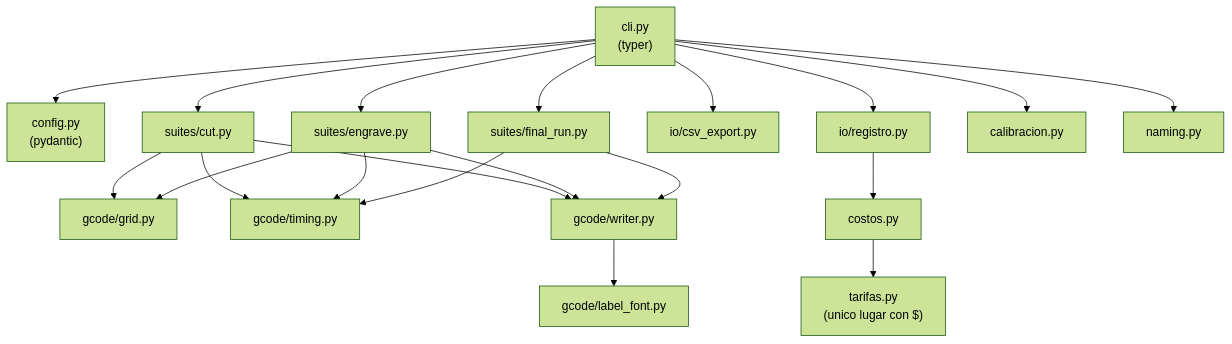
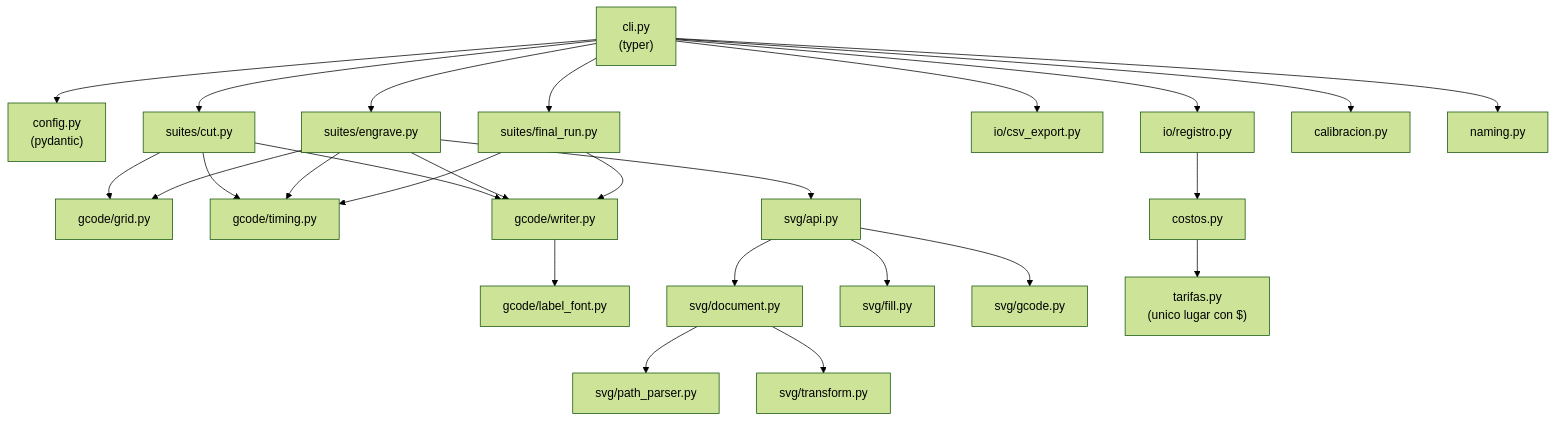
Before and after one commit to Deivs117/PruebasCorteGrabadoLaser: the diagram in README.md, drawn with Mermaid (forest theme). The commit also changed other lines of this file and 26 other files, not shown here.

````diff
--- a/README.md
+++ b/README.md
@@ -43,25 +45,31 @@
 ```mermaid
 flowchart TD
     CLI["cli.py<br/>(typer)"] --> CFG["config.py<br/>(pydantic)"]
     CLI --> SUITE_C["suites/cut.py"]
     CLI --> SUITE_G["suites/engrave.py"]
     CLI --> SUITE_F["suites/final_run.py"]
     CLI --> CSV["io/csv_export.py"]
     CLI --> REG["io/registro.py"]
     CLI --> CAL["calibracion.py"]
     CLI --> NAMING["naming.py"]
 
     SUITE_C --> GRID["gcode/grid.py"]
     SUITE_C --> TIMING["gcode/timing.py"]
     SUITE_C --> WRITER["gcode/writer.py"]
     SUITE_G --> GRID
     SUITE_G --> TIMING
     SUITE_G --> WRITER
+    SUITE_G --> SVG["svg/api.py"]
     SUITE_F --> TIMING
     SUITE_F --> WRITER
 
     WRITER --> FONT["gcode/label_font.py"]
+    SVG --> SVGDOC["svg/document.py"]
+    SVG --> SVGFILL["svg/fill.py"]
+    SVG --> SVGGCODE["svg/gcode.py"]
+    SVGDOC --> SVGPATH["svg/path_parser.py"]
+    SVGDOC --> SVGXFORM["svg/transform.py"]
 
     REG --> COSTOS["costos.py"]
     COSTOS --> TARIFAS["tarifas.py<br/>(unico lugar con $)"]
 ```
````
